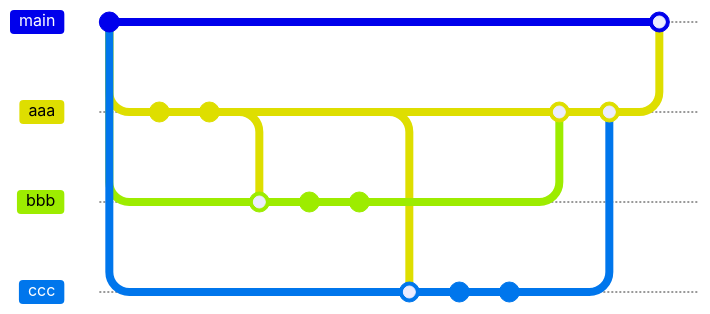
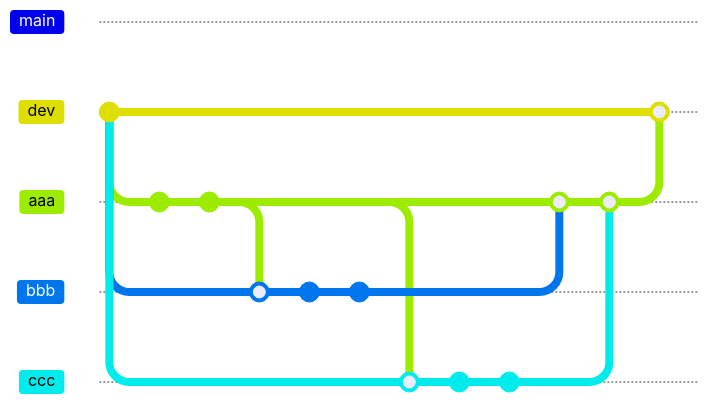
One commit to muchiko/hoge-mermaid changed the diagram in README.md. Above: the diagram before and after it, drawn with Mermaid. Commit ids are hidden.

````diff
--- a/README.md
+++ b/README.md
@@ -3,23 +3,25 @@
 ```mermaid
     gitGraph
+      branch dev
+      checkout dev
       commit
       branch aaa
       branch bbb
       branch ccc
       checkout aaa
       commit
       commit
       checkout bbb
       merge aaa
       commit
       commit
       checkout ccc
       merge aaa
       commit
       commit
       checkout aaa
       merge bbb
       merge ccc
-      checkout main
+      checkout dev
       merge aaa
 ```
````
